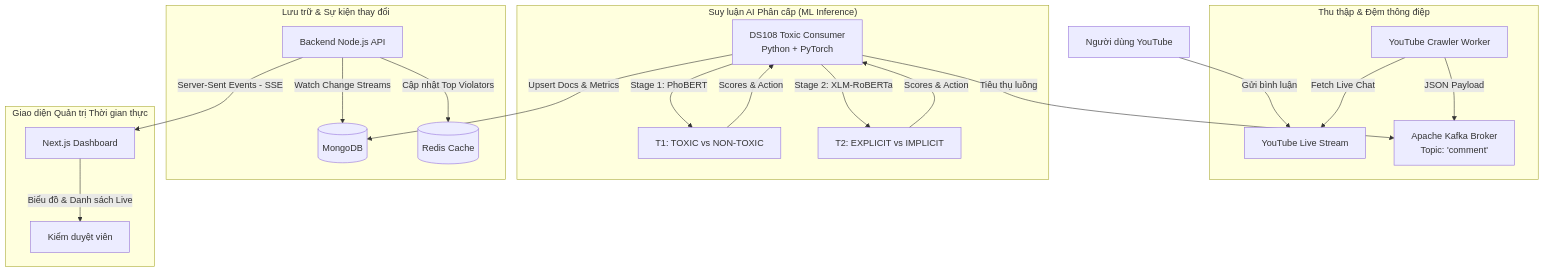
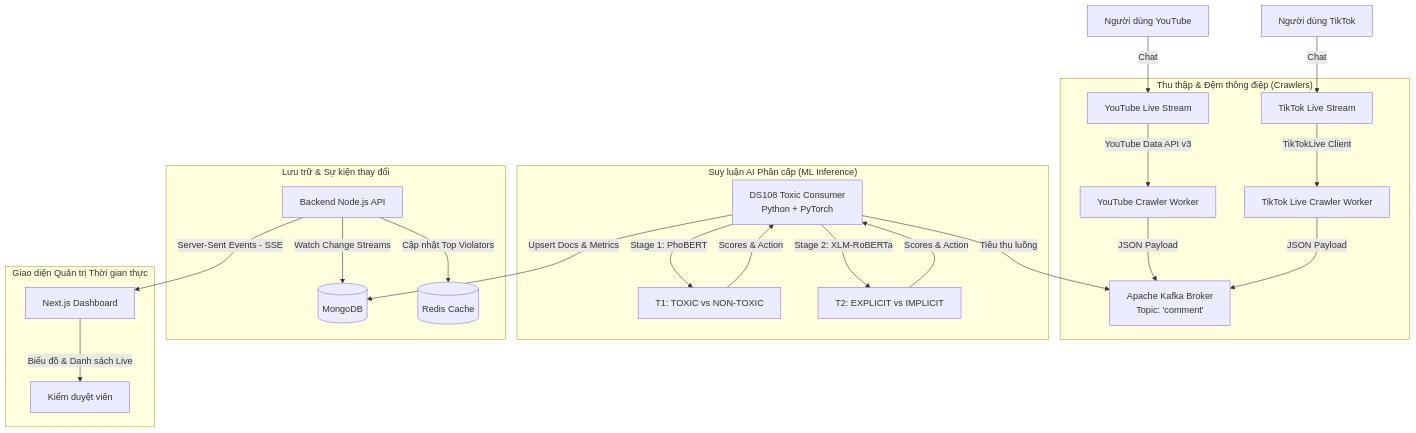
The second of 2 diagrams in predict-toxic-comments/README.md (duonyyy/Predict-toxic-comments), drawn with Mermaid before and after one commit. The commit also changed other lines of this file and 10 other files, not shown here.

Commit message:
feat(stream): add TikTok Live support alongside YouTube Live with auto-fallback and unified Kafka streaming

````diff
--- a/predict-toxic-comments/README.md
+++ b/predict-toxic-comments/README.md
@@ -54,27 +54,30 @@
 ```mermaid
 graph TD
-    User[Người dùng YouTube] -->|Gửi bình luận| YT[YouTube Live Stream]
+    UserYT[Người dùng YouTube] -->|Chat| YT[YouTube Live Stream]
+    UserTT[Người dùng TikTok] -->|Chat| TT[TikTok Live Stream]
     
-    subgraph "Thu thập & Đệm thông điệp"
-        Backend_Crawl[YouTube Crawler Worker] -->|Fetch Live Chat| YT
-        Backend_Crawl -->|JSON Payload| Kafka[Apache Kafka Broker<br>Topic: 'comment']
+    subgraph "Thu thập & Đệm thông điệp (Crawlers)"
+        YT -->|YouTube Data API v3| CrawlerYT[YouTube Crawler Worker]
+        TT -->|TikTokLive Client| CrawlerTT[TikTok Live Crawler Worker]
+        CrawlerYT -->|JSON Payload| Kafka[Apache Kafka Broker<br>Topic: 'comment']
+        CrawlerTT -->|JSON Payload| Kafka
     end
 
     subgraph "Suy luận AI Phân cấp (ML Inference)"
         Consumer[DS108 Toxic Consumer<br>Python + PyTorch] -->|Tiêu thụ luồng| Kafka
         Consumer -->|Stage 1: PhoBERT| M1[T1: TOXIC vs NON-TOXIC]
         Consumer -->|Stage 2: XLM-RoBERTa| M2[T2: EXPLICIT vs IMPLICIT]
         M1 & M2 -->|Scores & Action| Consumer
     end
 
     subgraph "Lưu trữ & Sự kiện thay đổi"
         Consumer -->|Upsert Docs & Metrics| Mongo[(MongoDB)]
         Backend_Socket[Backend Node.js API] -->|Watch Change Streams| Mongo
         Backend_Socket -->|Cập nhật Top Violators| Redis[(Redis Cache)]
     end
 
     subgraph "Giao diện Quản trị Thời gian thực"
         Backend_Socket -->|Server-Sent Events - SSE| Frontend[Next.js Dashboard]
         Frontend -->|Biểu đồ & Danh sách Live| Admin[Kiểm duyệt viên]
     end
 ```
````
